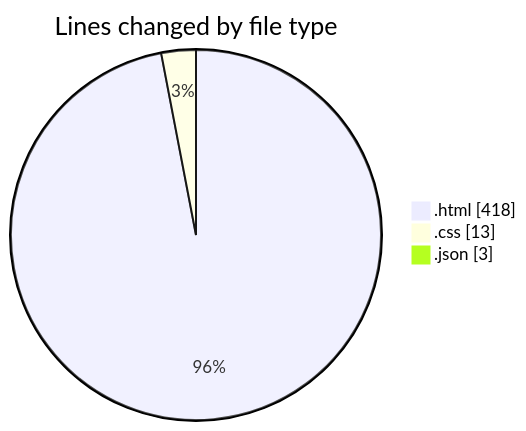
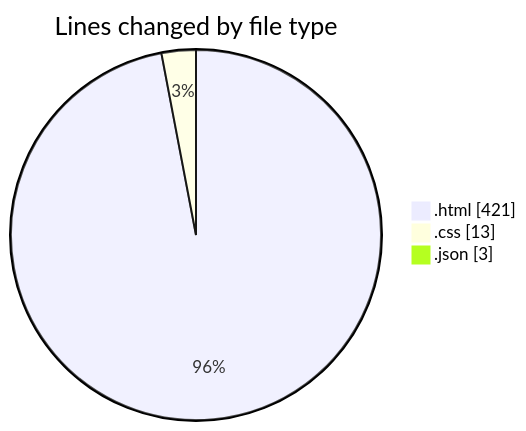
The first of 2 diagrams in 2025-12-11/technologie_web/README.md (hasnaa123/code-tracking), drawn with Mermaid before and after one commit. The commit also changed other lines of this file and 1 other file, not shown here.

````diff
--- a/2025-12-11/technologie_web/README.md
+++ b/2025-12-11/technologie_web/README.md
@@ -23,7 +23,7 @@
 ```mermaid
 pie showData
 title Lines changed by file type
-".html" : 418
+".html" : 421
 ".css" : 13
 ".json" : 3
 ```
````
